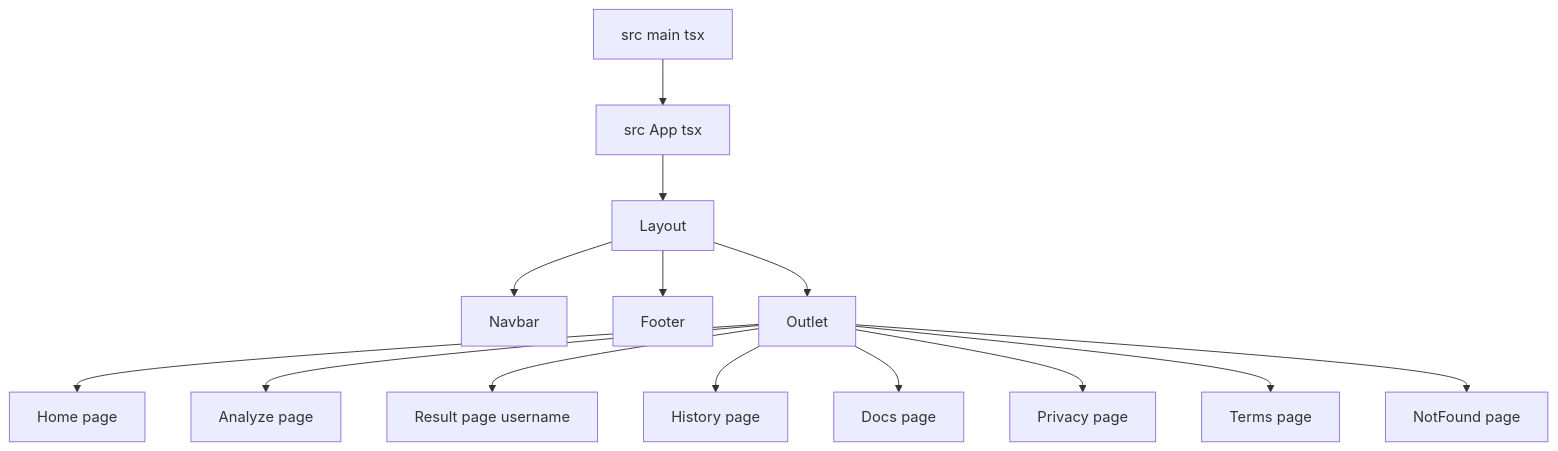
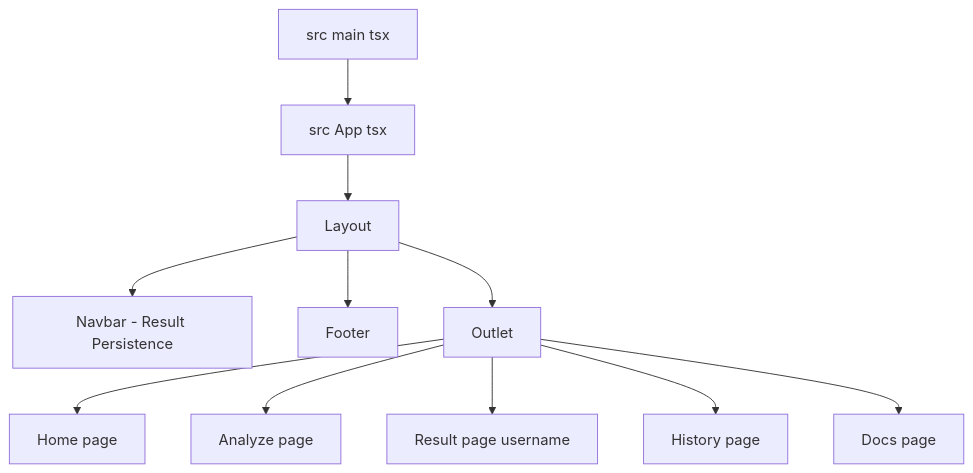
One commit to KGFCH2/GitInsight-AI changed the second of 3 diagrams in ARCHITECTURE.md. Above: the diagram before and after it, drawn with Mermaid. The commit also changed other lines of this file and 2 other files, not shown here.

````diff
--- a/ARCHITECTURE.md
+++ b/ARCHITECTURE.md
@@ -28,17 +28,14 @@
 ```mermaid
 flowchart TD
    A[src main tsx] --> B[src App tsx]
    B --> C[Layout]
-   C --> D[Navbar]
+   C --> D[Navbar - Result Persistence]
    C --> E[Footer]
    C --> F[Outlet]
 
    F --> H[Home page]
    F --> I[Analyze page]
    F --> J[Result page username]
    F --> K[History page]
    F --> L[Docs page]
-   F --> M[Privacy page]
-   F --> N[Terms page]
-   F --> O[NotFound page]
 ```
````
